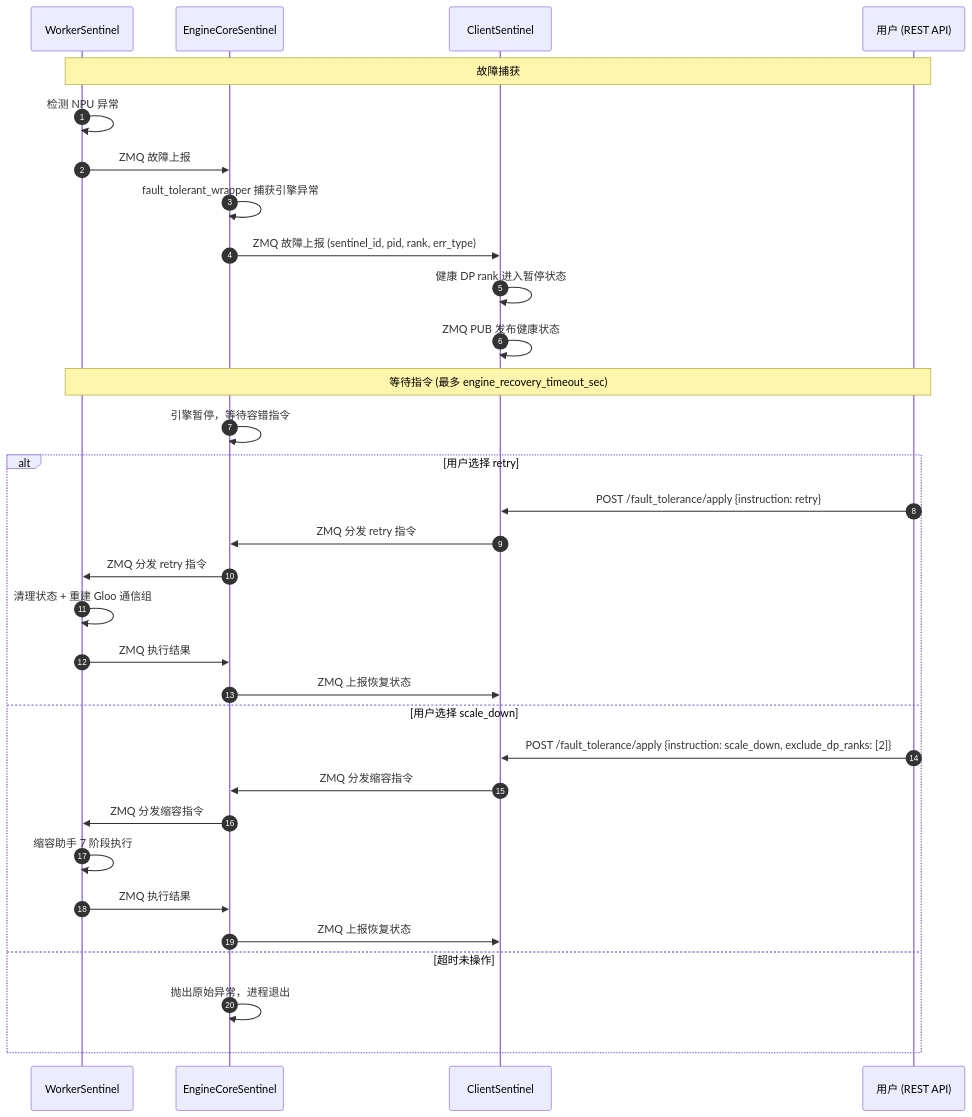
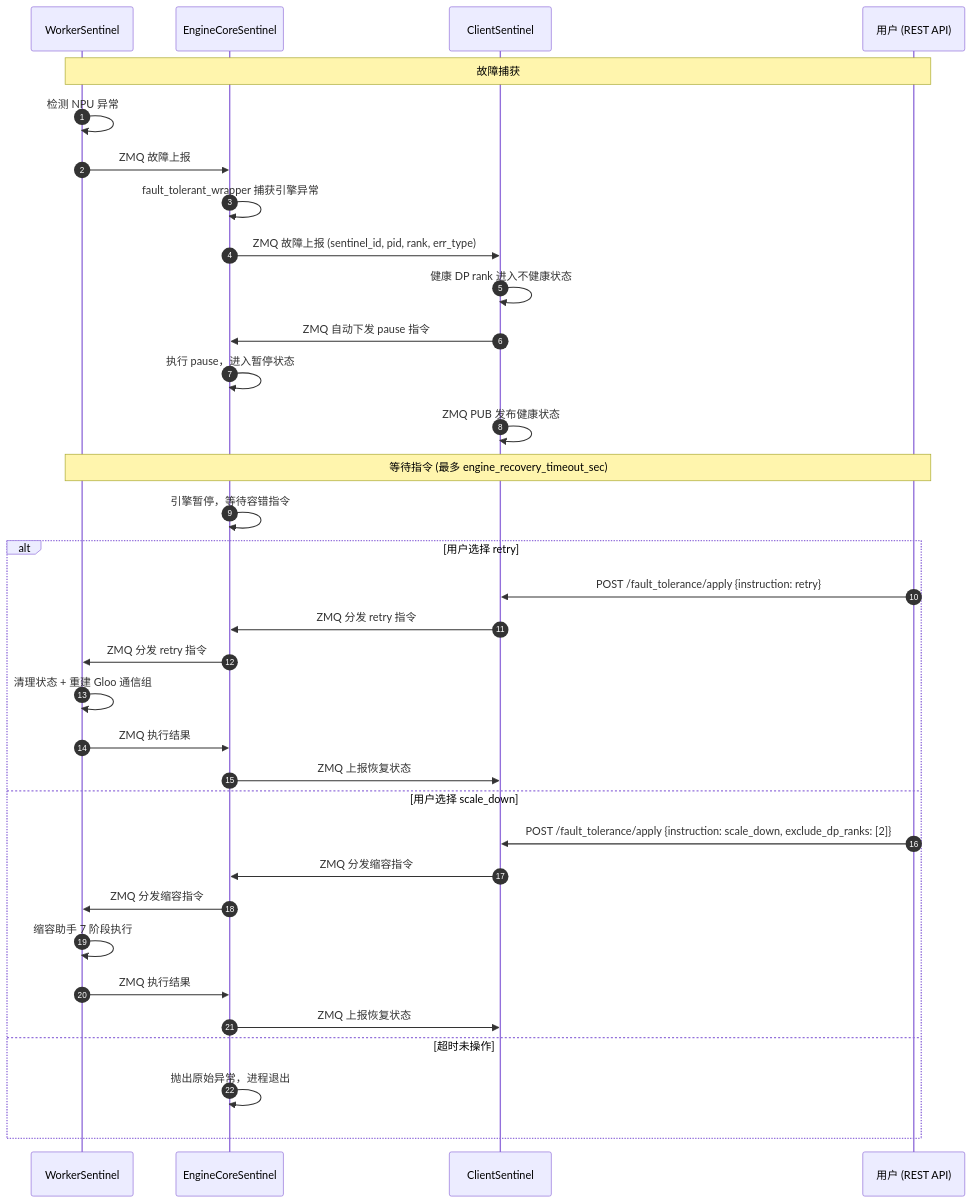
The third of 4 diagrams in elastic-ep/vllm/DESIGN.md (Computing-Availability-Tools/CATHelper), drawn with Mermaid before and after one commit. The commit also changed other lines of this file and 1 other file, not shown here.

Commit message:
fix: 明确状态流转(健康→不健康→暂停),更新流程图

````diff
--- a/elastic-ep/vllm/DESIGN.md
+++ b/elastic-ep/vllm/DESIGN.md
@@ -100,37 +102,39 @@
 ```mermaid
 sequenceDiagram
     autonumber
     participant W as WorkerSentinel
     participant EC as EngineCoreSentinel
     participant CS as ClientSentinel
     participant User as 用户 (REST API)
 
     Note over W,User: 故障捕获
     W->>W: 检测 NPU 异常
     W->>EC: ZMQ 故障上报
     EC->>EC: fault_tolerant_wrapper 捕获引擎异常
     EC->>CS: ZMQ 故障上报 (sentinel_id, pid, rank, err_type)
-    CS->>CS: 健康 DP rank 进入暂停状态
+    CS->>CS: 健康 DP rank 进入不健康状态
+    CS->>EC: ZMQ 自动下发 pause 指令
+    EC->>EC: 执行 pause，进入暂停状态
     CS->>CS: ZMQ PUB 发布健康状态
 
     Note over W,User: 等待指令 (最多 engine_recovery_timeout_sec)
     EC->>EC: 引擎暂停，等待容错指令
 
     alt 用户选择 retry
         User->>CS: POST /fault_tolerance/apply {instruction: retry}
         CS->>EC: ZMQ 分发 retry 指令
         EC->>W: ZMQ 分发 retry 指令
         W->>W: 清理状态 + 重建 Gloo 通信组
         W->>EC: ZMQ 执行结果
         EC->>CS: ZMQ 上报恢复状态
     else 用户选择 scale_down
         User->>CS: POST /fault_tolerance/apply {instruction: scale_down, exclude_dp_ranks: [2]}
         CS->>EC: ZMQ 分发缩容指令
         EC->>W: ZMQ 分发缩容指令
         W->>W: 缩容助手 7 阶段执行
         W->>EC: ZMQ 执行结果
         EC->>CS: ZMQ 上报恢复状态
     else 超时未操作
         EC->>EC: 抛出原始异常，进程退出
     end
 ```
````
